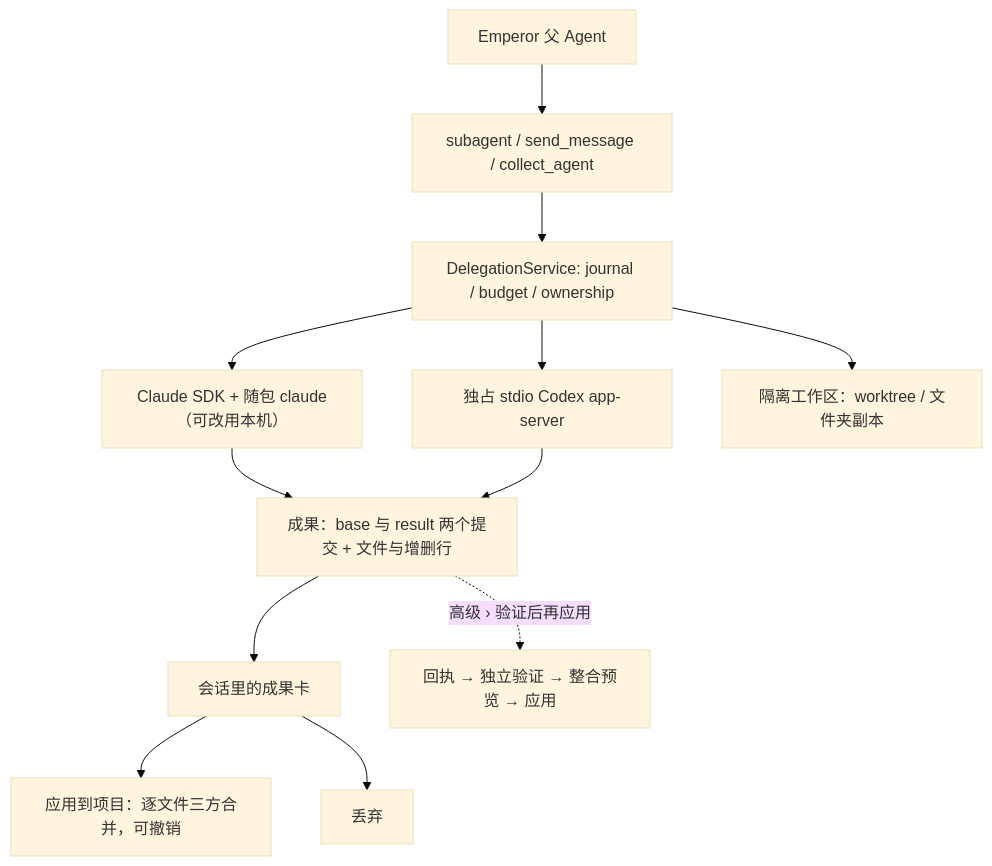
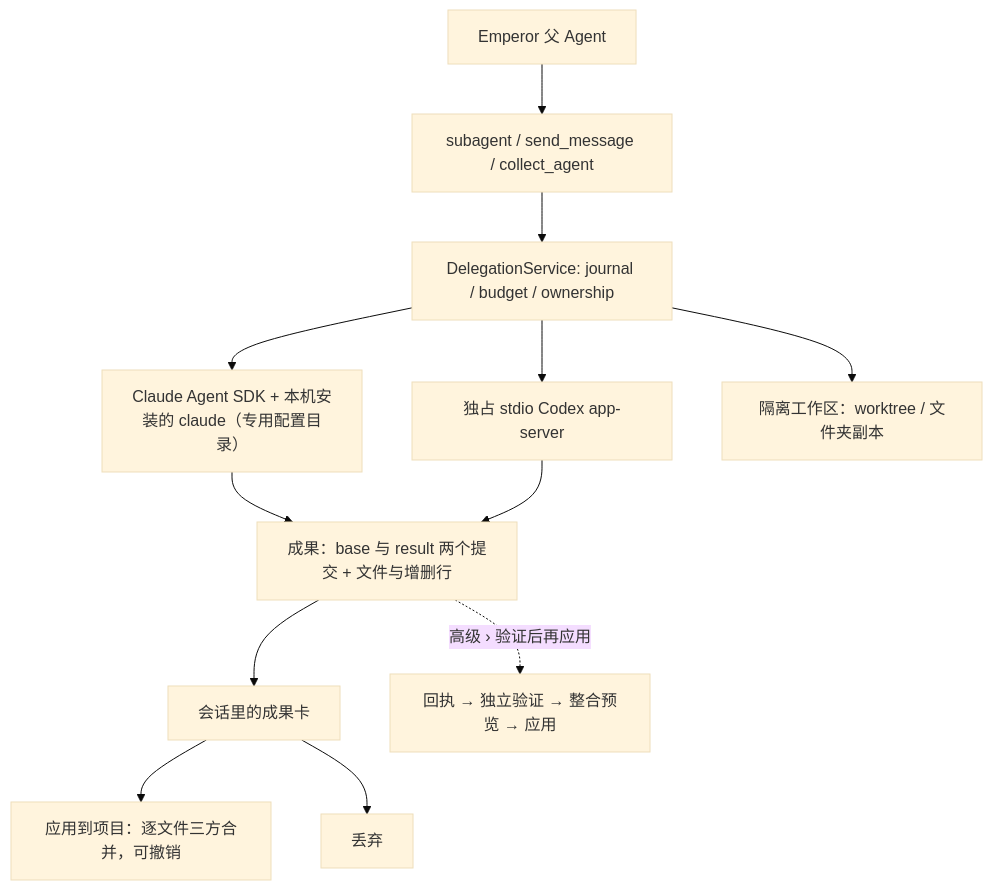
The diagram in docs/architecture/external-agent-delegation.md (TheSyart/emperor-agent), drawn with Mermaid (base theme) before and after one commit. The commit also changed other lines of this file and 9 other files, not shown here.

````diff
--- a/docs/architecture/external-agent-delegation.md
+++ b/docs/architecture/external-agent-delegation.md
@@ -10,14 +10,14 @@
 ```mermaid
 flowchart TD
   Parent[Emperor 父 Agent] --> Tools[subagent / send_message / collect_agent]
   Tools --> Service[DelegationService: journal / budget / ownership]
-  Service --> Claude[Claude SDK + 随包 claude（可改用本机）]
+  Service --> Claude[Claude Agent SDK + 本机安装的 claude（专用配置目录）]
   Service --> Codex[独占 stdio Codex app-server]
   Service --> Workspace[隔离工作区：worktree / 文件夹副本]
   Claude --> Result[成果：base 与 result 两个提交 + 文件与增删行]
   Codex --> Result
   Result --> Card[会话里的成果卡]
   Card --> Apply[应用到项目：逐文件三方合并，可撤销]
   Card --> Discard[丢弃]
   Result -. 高级 › 验证后再应用 .-> Receipt[回执 → 独立验证 → 整合预览 → 应用]
 ```
````
